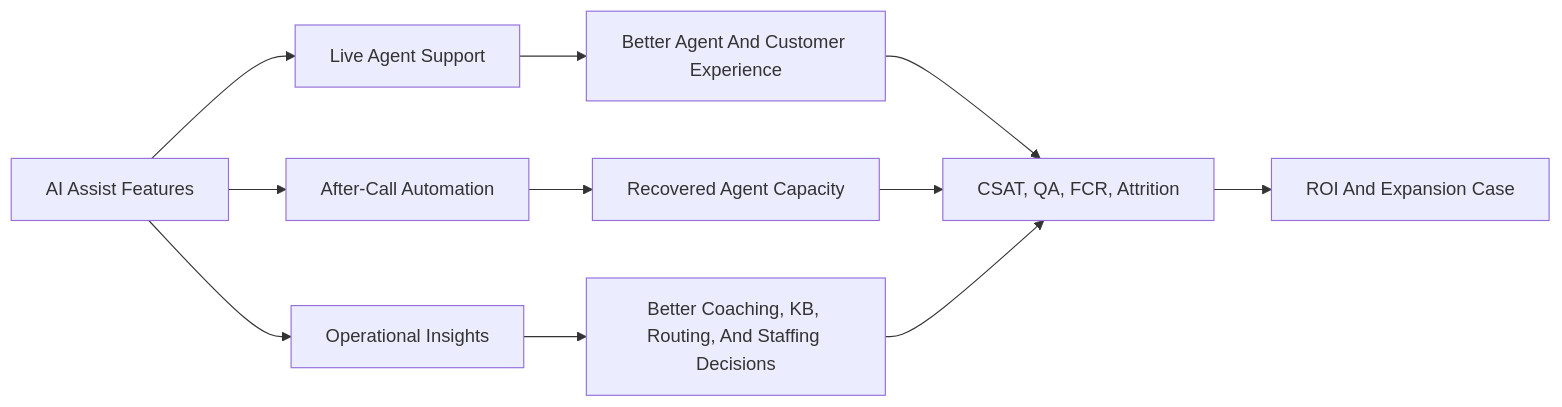
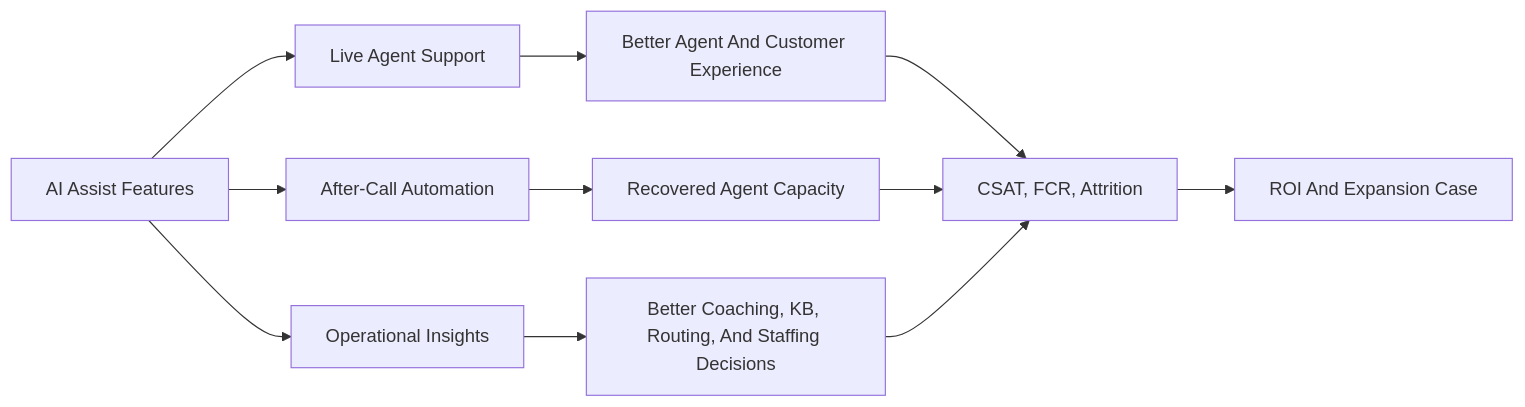
One commit to WebexSamples/webex-ai-agents changed the first of 11 diagrams in AI_CookBook/ai-assist-benefits3.md. Above: the diagram before and after it, drawn with Mermaid. The commit also changed other lines of this file, not shown here.

````diff
--- a/AI_CookBook/ai-assist-benefits3.md
+++ b/AI_CookBook/ai-assist-benefits3.md
@@ -37,13 +36,13 @@
 ```mermaid
 flowchart LR
     Features[AI Assist Features] --> LiveHelp[Live Agent Support]
     Features --> AfterCall[After-Call Automation]
     Features --> Insights[Operational Insights]
     LiveHelp --> Experience[Better Agent And Customer Experience]
     AfterCall --> Capacity[Recovered Agent Capacity]
     Insights --> Decisions[Better Coaching, KB, Routing, And Staffing Decisions]
-    Experience --> Metrics[CSAT, QA, FCR, Attrition]
+    Experience --> Metrics[CSAT, FCR, Attrition]
     Capacity --> Metrics
     Decisions --> Metrics
     Metrics --> ROI[ROI And Expansion Case]
 ```
````
